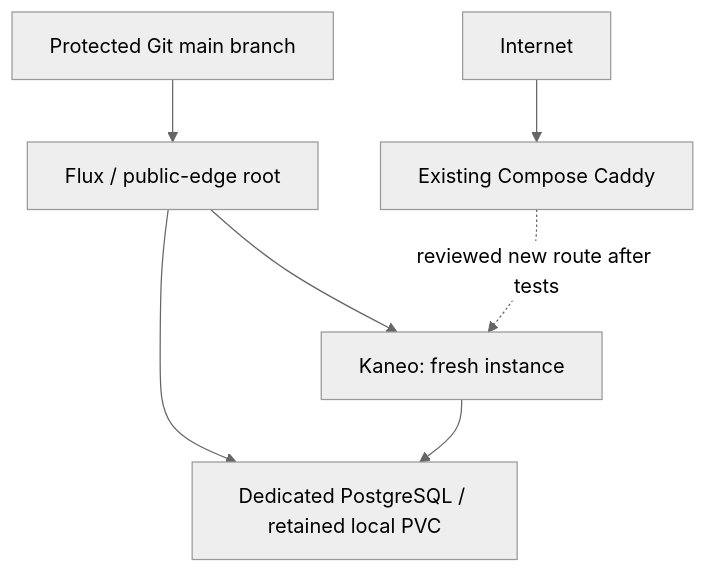
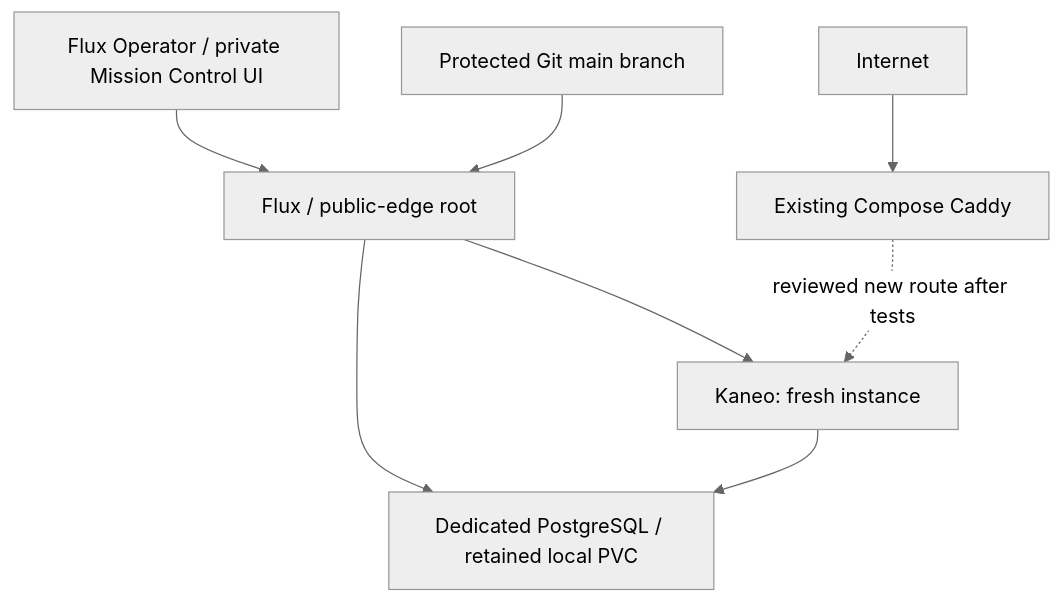
The diagram in docs/kubernetes/architecture.md (salehihassen/homelab-infra), drawn with Mermaid (neutral theme) before and after one commit. The commit also changed other lines of this file and 22 other files, not shown here.

Commit message:
Manage Flux with Flux Operator and private Mission Control

````diff
--- a/docs/kubernetes/architecture.md
+++ b/docs/kubernetes/architecture.md
@@ -26,9 +27,10 @@
 ```mermaid
 flowchart TD
-  Git[Protected Git main branch] --> Flux[Flux / public-edge root]
+  Operator[Flux Operator / private Mission Control UI] --> Flux[Flux / public-edge root]
+  Git[Protected Git main branch] --> Flux
   Flux --> K[Kaneo: fresh instance]
   Flux --> DB[Dedicated PostgreSQL / retained local PVC]
   K --> DB
   Internet --> C[Existing Compose Caddy]
   C -. reviewed new route after tests .-> K
 ```
````
